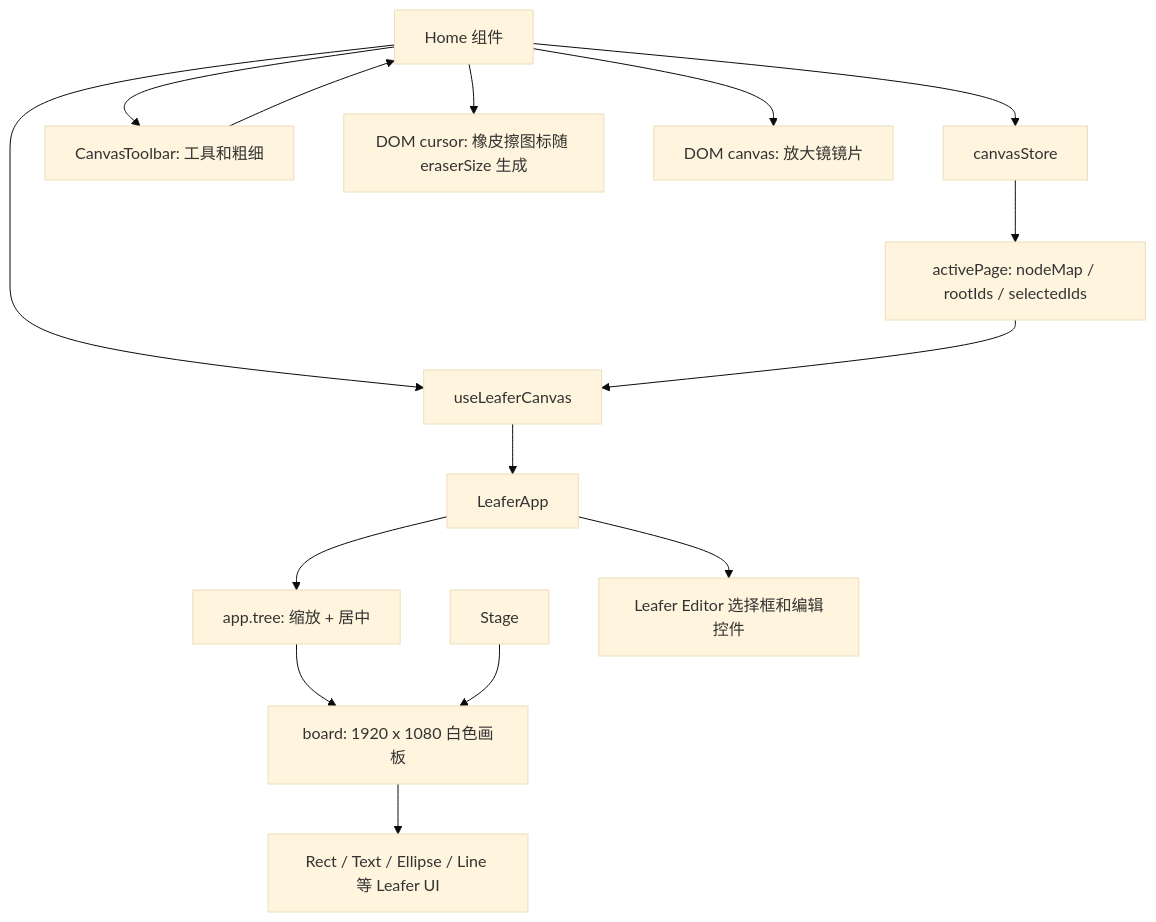
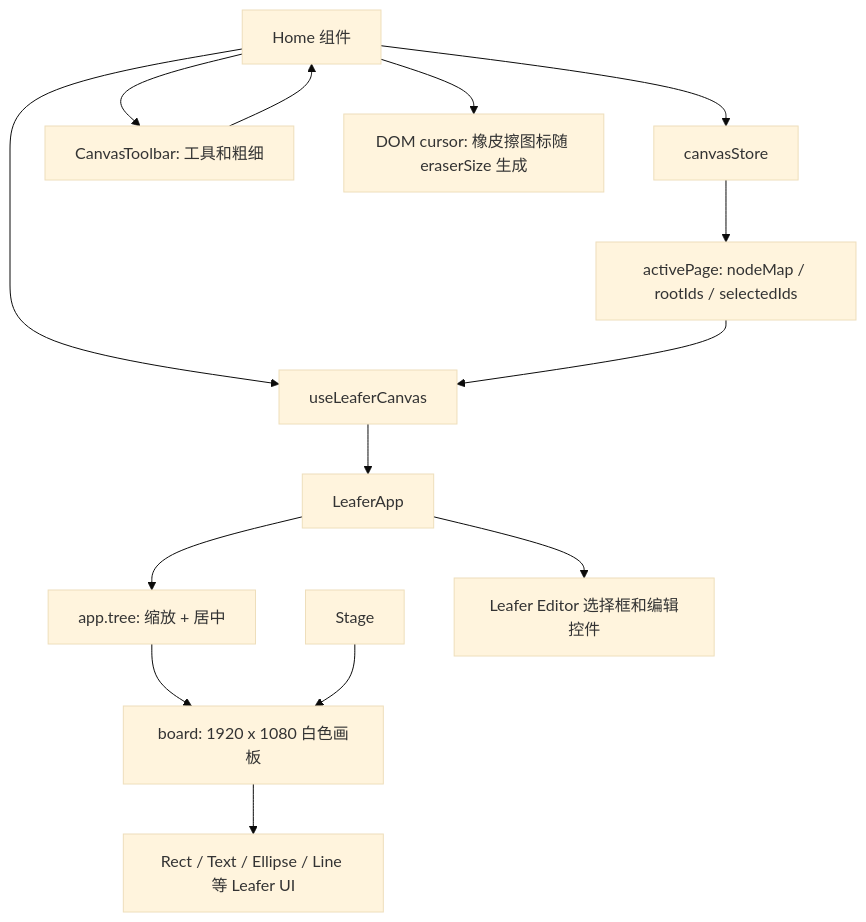
One commit to Tajigaqzh/paint-canvas changed the first of 14 diagrams in docs/useLeaferCanvas-logic.md. Above: the diagram before and after it, drawn with Mermaid (base theme). The commit also changed other lines of this file and 30 other files, not shown here.

````diff
--- a/docs/useLeaferCanvas-logic.md
+++ b/docs/useLeaferCanvas-logic.md
@@ -9,17 +9,16 @@
 ```mermaid
 flowchart TD
   Home[Home 组件] --> Store[canvasStore]
   Home --> Toolbar[CanvasToolbar: 工具和粗细]
   Toolbar --> Home
   Home --> Cursor[DOM cursor: 橡皮擦图标随 eraserSize 生成]
-  Home --> Lens[DOM canvas: 放大镜镜片]
   Home --> Hook[useLeaferCanvas]
   Store --> Page[activePage: nodeMap / rootIds / selectedIds]
   Page --> Hook
   Hook --> App[LeaferApp]
   App --> Tree["app.tree: 缩放 + 居中"]
   Tree --> Board[board: 1920 x 1080 白色画板]
   Stage --> Board[board: 1920 x 1080 白色画板]
   Board --> UI[Rect / Text / Ellipse / Line 等 Leafer UI]
   App --> Editor[Leafer Editor 选择框和编辑控件]
 ```
````
